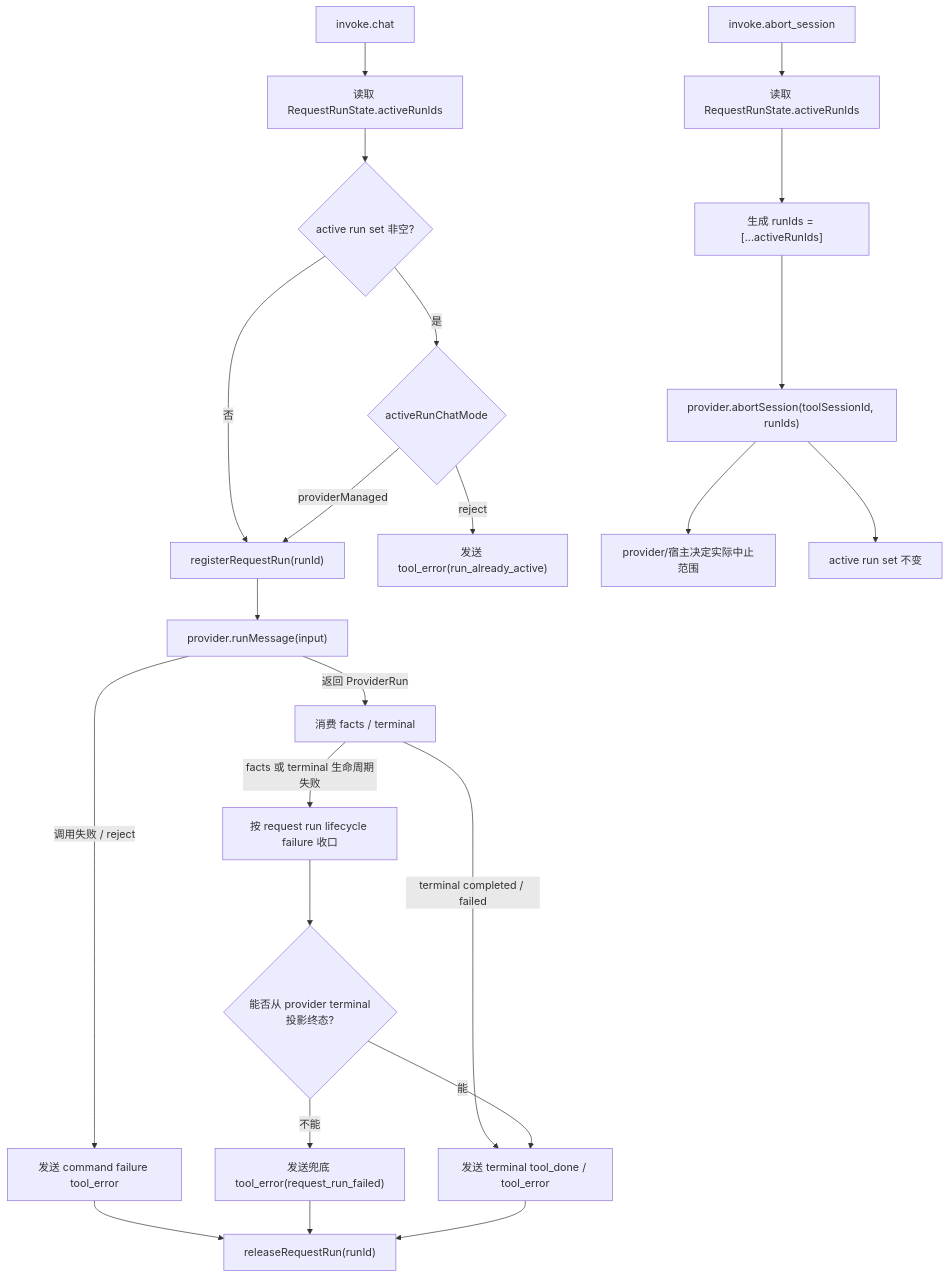
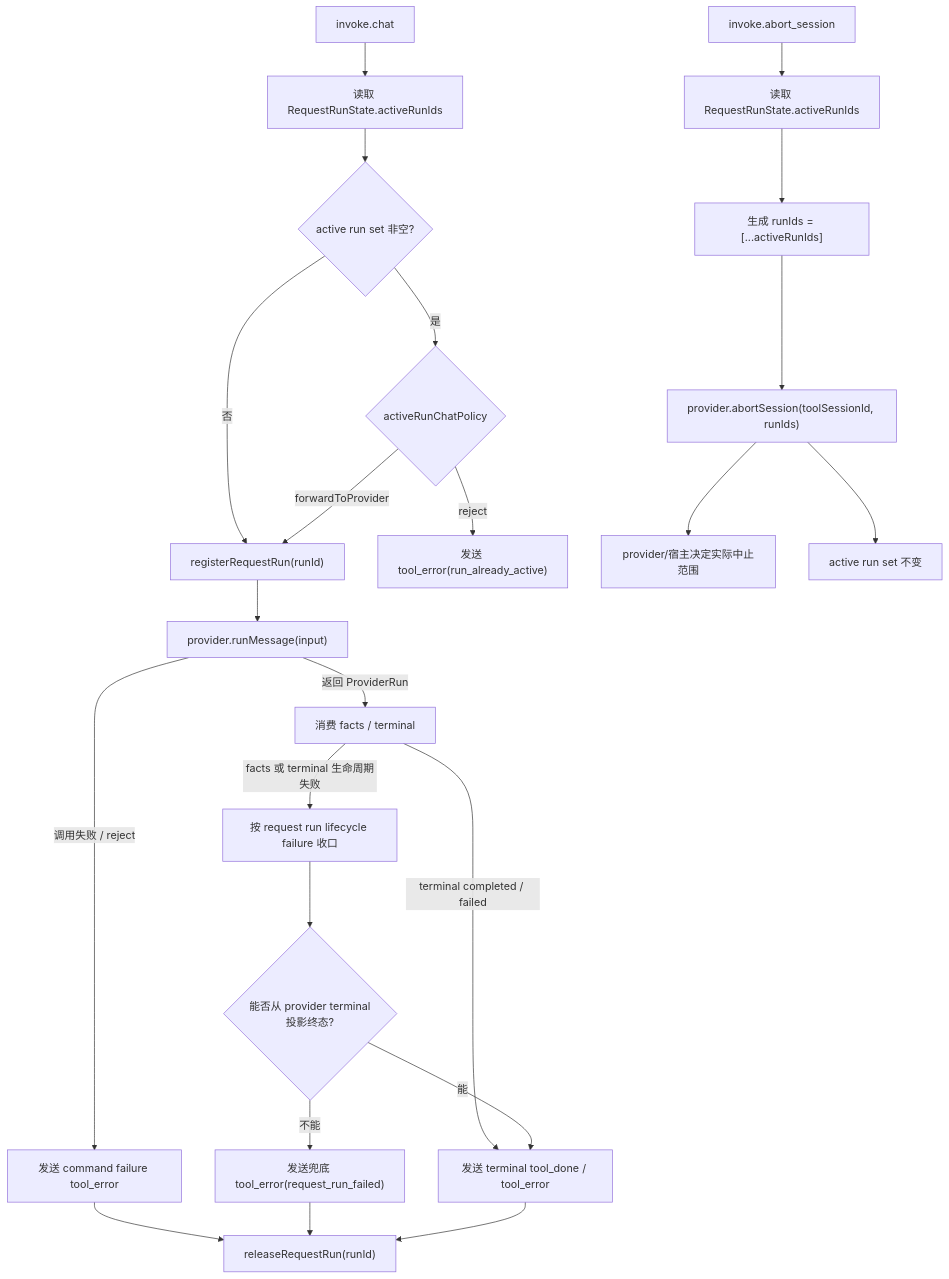
One commit to yuzhangCZ/agent-plugin changed the seventh of 7 diagrams in packages/bridge-runtime-sdk/docs/design/2026-07-06-active-run-chat-policy-design.md. Above: the diagram before and after it, drawn with Mermaid. The commit also changed other lines of this file and 7 other files, not shown here.

Commit message:
docs(bridge-runtime-sdk): clarify active run policy contracts

````diff
--- a/packages/bridge-runtime-sdk/docs/design/2026-07-06-active-run-chat-policy-design.md
+++ b/packages/bridge-runtime-sdk/docs/design/2026-07-06-active-run-chat-policy-design.md
@@ -359,29 +354,29 @@
 ```mermaid
 flowchart TD
     Chat["invoke.chat"] --> ReadState["读取 RequestRunState.activeRunIds"]
     ReadState --> HasActive{"active run set 非空?"}
     HasActive -->|否| Register["registerRequestRun(runId)"]
-    HasActive -->|是| Policy{"activeRunChatMode"}
+    HasActive -->|是| Policy{"activeRunChatPolicy"}
     Policy -->|reject| Reject["发送 tool_error(run_already_active)"]
-    Policy -->|providerManaged| Register
+    Policy -->|forwardToProvider| Register
 
     Register --> ProviderCall["provider.runMessage(input)"]
     ProviderCall -->|调用失败 / reject| CommandFailure["发送 command failure tool_error"]
     ProviderCall -->|返回 ProviderRun| ConsumeRun["消费 facts / terminal"]
 
     ConsumeRun -->|facts 或 terminal 生命周期失败| LifecycleFailure["按 request run lifecycle failure 收口"]
     ConsumeRun -->|terminal completed / failed| Terminal["发送 terminal tool_done / tool_error"]
 
     CommandFailure --> Release["releaseRequestRun(runId)"]
     LifecycleFailure --> CanProject{"能否从 provider terminal<br/>投影终态?"}
     CanProject -->|能| Terminal
     CanProject -->|不能| FallbackTerminal["发送兜底 tool_error(request_run_failed)"]
     FallbackTerminal --> Release
     Terminal --> Release
 
     Abort["invoke.abort_session"] --> AbortRead["读取 RequestRunState.activeRunIds"]
     AbortRead --> BuildRunIds["生成 runIds = [...activeRunIds]"]
     BuildRunIds --> AbortProvider["provider.abortSession(toolSessionId, runIds)"]
     AbortProvider --> HostDecision["provider/宿主决定实际中止范围"]
     AbortProvider --> ActiveSetUnchanged["active run set 不变"]
 ```
````
